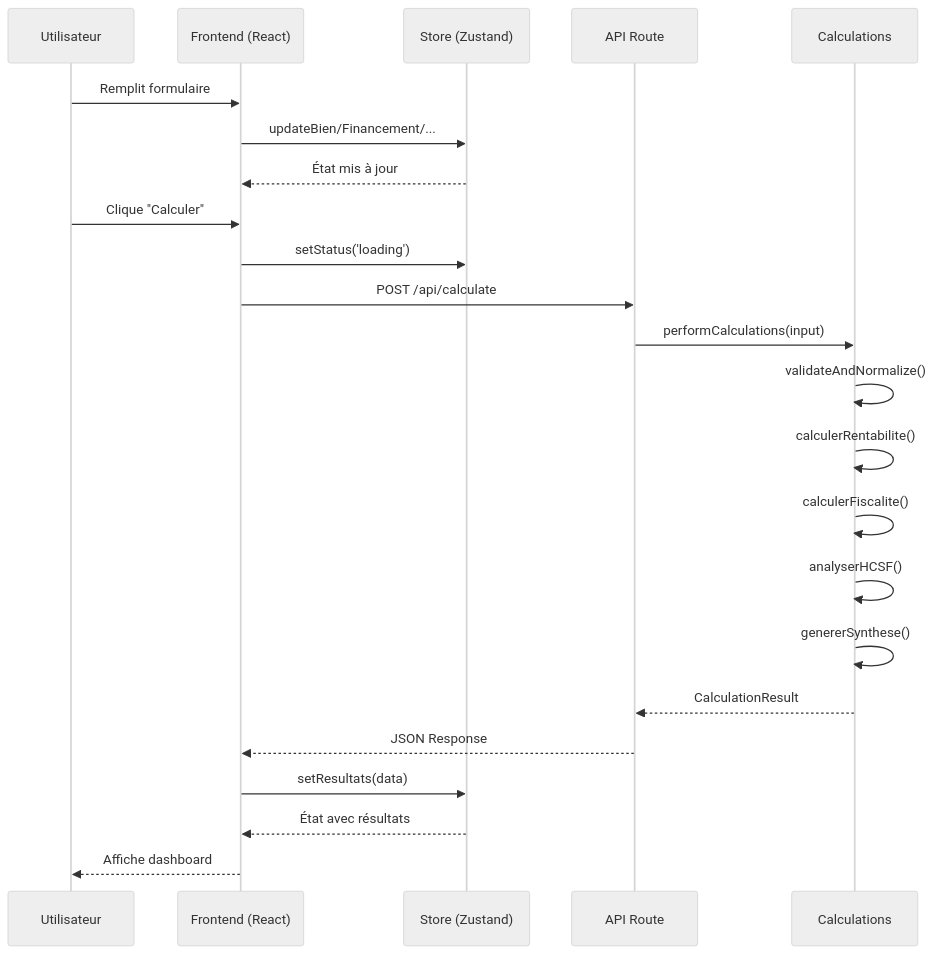
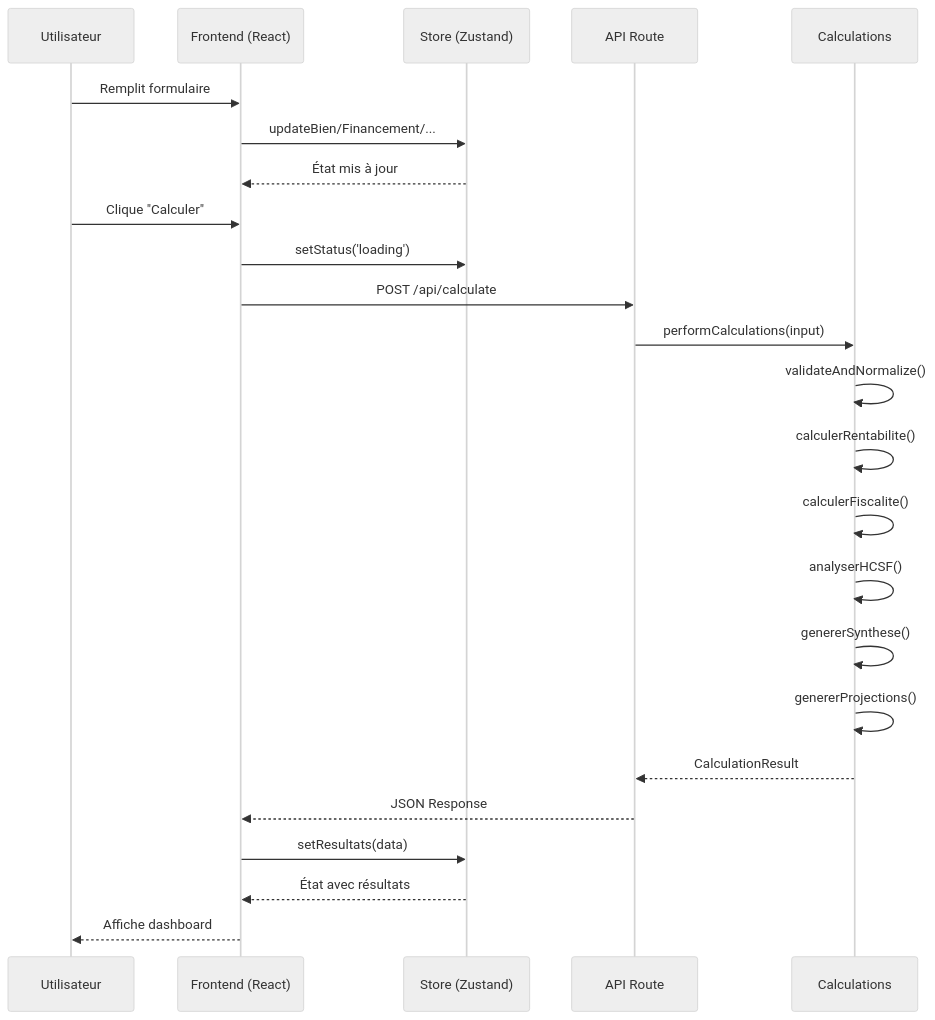
Before and after one commit to ATCHON/Renta_Immo: the diagram in docs/architecture.md, drawn with Mermaid (neutral theme). The commit also changed other lines of this file and 11 other files, not shown here.

````diff
--- a/docs/architecture.md
+++ b/docs/architecture.md
@@ -166,29 +167,30 @@
 ```mermaid
 sequenceDiagram
     participant U as Utilisateur
     participant F as Frontend (React)
     participant S as Store (Zustand)
     participant A as API Route
     participant C as Calculations
 
     U->>F: Remplit formulaire
     F->>S: updateBien/Financement/...
     S-->>F: État mis à jour
 
     U->>F: Clique "Calculer"
     F->>S: setStatus('loading')
     F->>A: POST /api/calculate
 
     A->>C: performCalculations(input)
     C->>C: validateAndNormalize()
     C->>C: calculerRentabilite()
     C->>C: calculerFiscalite()
     C->>C: analyserHCSF()
     C->>C: genererSynthese()
+    C->>C: genererProjections()
     C-->>A: CalculationResult
 
     A-->>F: JSON Response
     F->>S: setResultats(data)
     S-->>F: État avec résultats
     F-->>U: Affiche dashboard
 ```
````
